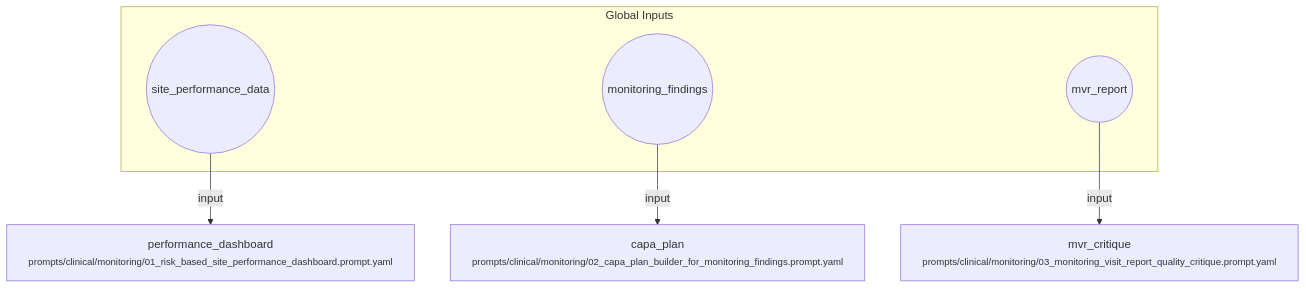
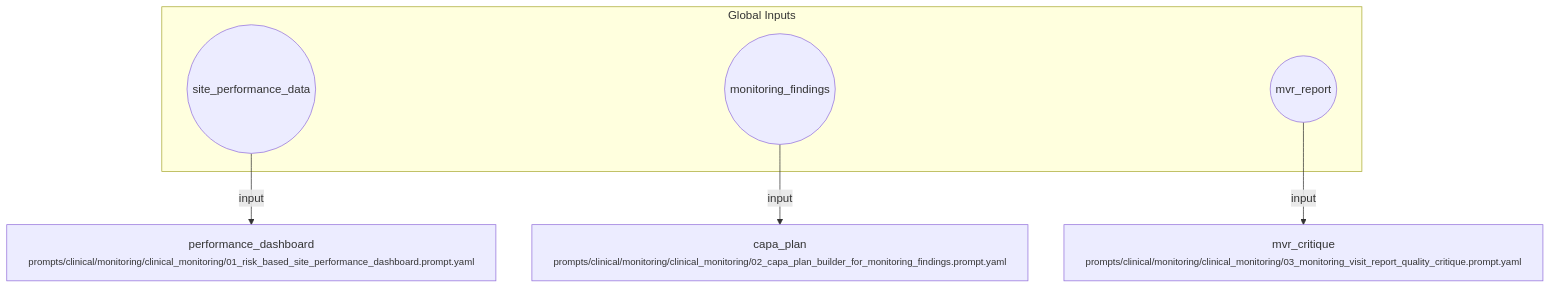
One commit to fderuiter/proompts changed the diagram in workflows/clinical/clinical_monitoring.workflow.md. Above: the diagram before and after it, drawn with Mermaid. The commit also changed 31 other files, not shown here.

````diff
--- a/workflows/clinical/clinical_monitoring.workflow.md
+++ b/workflows/clinical/clinical_monitoring.workflow.md
@@ -7,14 +7,14 @@
 ```mermaid
 flowchart TD
     subgraph Inputs [Global Inputs]
         inp_site_performance_data((site_performance_data))
         inp_monitoring_findings((monitoring_findings))
         inp_mvr_report((mvr_report))
     end
-    performance_dashboard["performance_dashboard<br/><small>prompts/clinical/monitoring/01_risk_based_site_performance_dashboard.prompt.yaml</small>"]
-    capa_plan["capa_plan<br/><small>prompts/clinical/monitoring/02_capa_plan_builder_for_monitoring_findings.prompt.yaml</small>"]
-    mvr_critique["mvr_critique<br/><small>prompts/clinical/monitoring/03_monitoring_visit_report_quality_critique.prompt.yaml</small>"]
+    performance_dashboard["performance_dashboard<br/><small>prompts/clinical/monitoring/clinical_monitoring/01_risk_based_site_performance_dashboard.prompt.yaml</small>"]
+    capa_plan["capa_plan<br/><small>prompts/clinical/monitoring/clinical_monitoring/02_capa_plan_builder_for_monitoring_findings.prompt.yaml</small>"]
+    mvr_critique["mvr_critique<br/><small>prompts/clinical/monitoring/clinical_monitoring/03_monitoring_visit_report_quality_critique.prompt.yaml</small>"]
     inp_site_performance_data -->|input| performance_dashboard
     inp_monitoring_findings -->|input| capa_plan
     inp_mvr_report -->|input| mvr_critique
 ```
````
